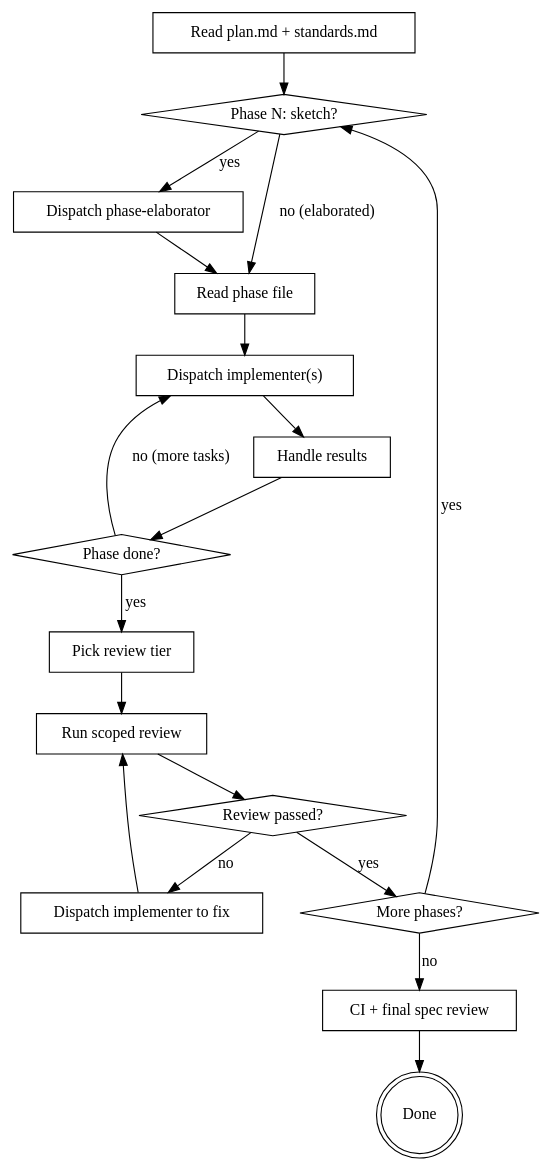
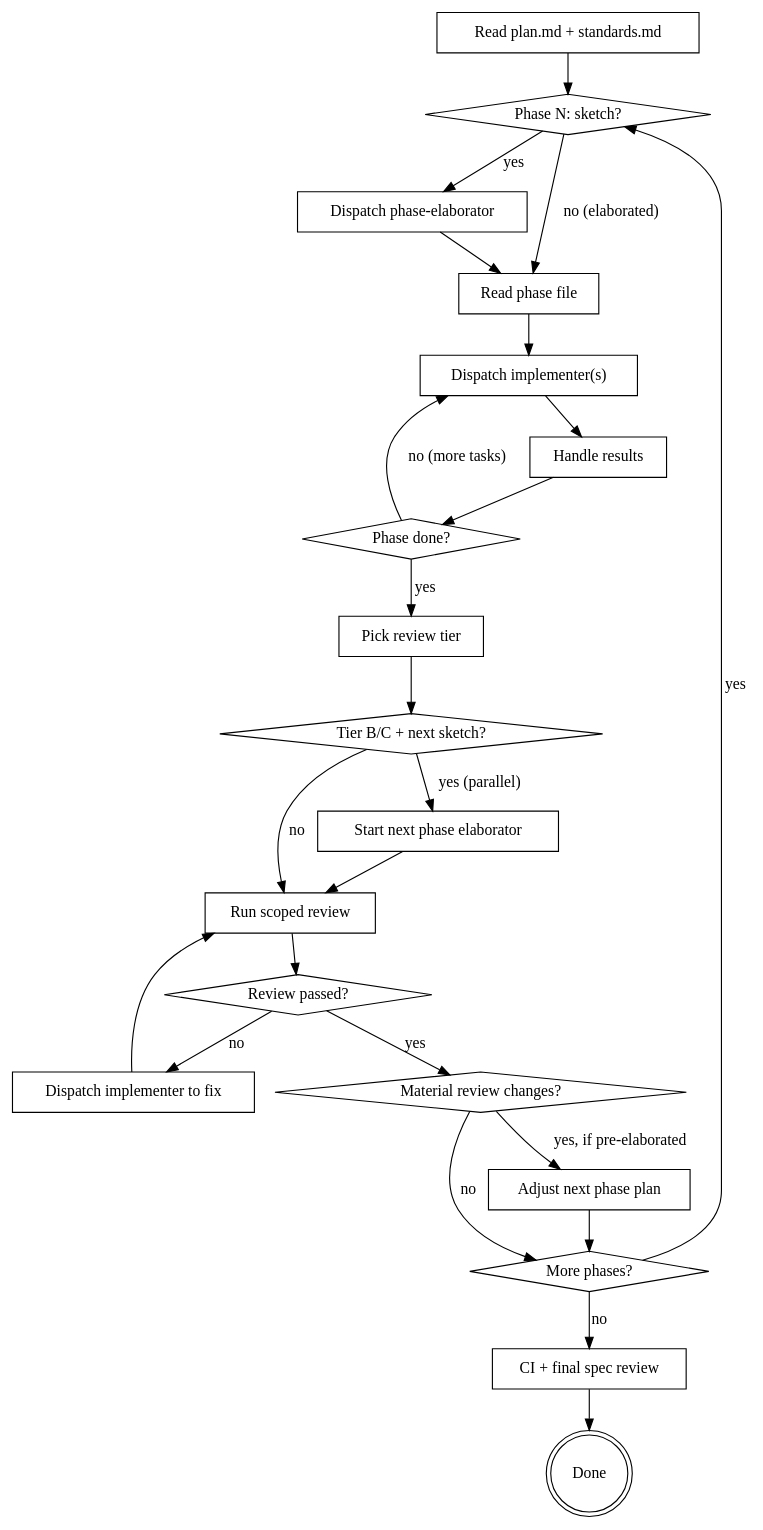
Before and after one commit to xmtplabs/code-factory: the diagram in skills/executing-plans/flow.md, drawn with Graphviz. The commit also changed 8 other files, not shown here.

````diff
--- a/skills/executing-plans/flow.md
+++ b/skills/executing-plans/flow.md
@@ -5,36 +5,46 @@
 ```dot
 digraph execute {
     "Read plan.md + standards.md" [shape=box];
     "Phase N: sketch?" [shape=diamond];
     "Dispatch phase-elaborator" [shape=box];
     "Read phase file" [shape=box];
     "Dispatch implementer(s)" [shape=box];
     "Handle results" [shape=box];
     "Phase done?" [shape=diamond];
     "Pick review tier" [shape=box];
+    "Tier B/C + next sketch?" [shape=diamond];
+    "Start next phase elaborator" [shape=box];
     "Run scoped review" [shape=box];
     "Review passed?" [shape=diamond];
     "Dispatch implementer to fix" [shape=box];
+    "Material review changes?" [shape=diamond];
+    "Adjust next phase plan" [shape=box];
     "More phases?" [shape=diamond];
     "CI + final spec review" [shape=box];
     "Done" [shape=doublecircle];
 
     "Read plan.md + standards.md" -> "Phase N: sketch?";
     "Phase N: sketch?" -> "Dispatch phase-elaborator" [label="yes"];
     "Phase N: sketch?" -> "Read phase file" [label="no (elaborated)"];
     "Dispatch phase-elaborator" -> "Read phase file";
     "Read phase file" -> "Dispatch implementer(s)";
     "Dispatch implementer(s)" -> "Handle results";
     "Handle results" -> "Phase done?";
     "Phase done?" -> "Dispatch implementer(s)" [label="no (more tasks)"];
     "Phase done?" -> "Pick review tier" [label="yes"];
-    "Pick review tier" -> "Run scoped review";
+    "Pick review tier" -> "Tier B/C + next sketch?";
+    "Tier B/C + next sketch?" -> "Start next phase elaborator" [label="yes (parallel)"];
+    "Tier B/C + next sketch?" -> "Run scoped review" [label="no"];
+    "Start next phase elaborator" -> "Run scoped review";
     "Run scoped review" -> "Review passed?";
-    "Review passed?" -> "More phases?" [label="yes"];
+    "Review passed?" -> "Material review changes?" [label="yes"];
     "Review passed?" -> "Dispatch implementer to fix" [label="no"];
     "Dispatch implementer to fix" -> "Run scoped review";
+    "Material review changes?" -> "Adjust next phase plan" [label="yes, if pre-elaborated"];
+    "Material review changes?" -> "More phases?" [label="no"];
+    "Adjust next phase plan" -> "More phases?";
     "More phases?" -> "Phase N: sketch?" [label="yes"];
     "More phases?" -> "CI + final spec review" [label="no"];
     "CI + final spec review" -> "Done";
 }
 ```
````
